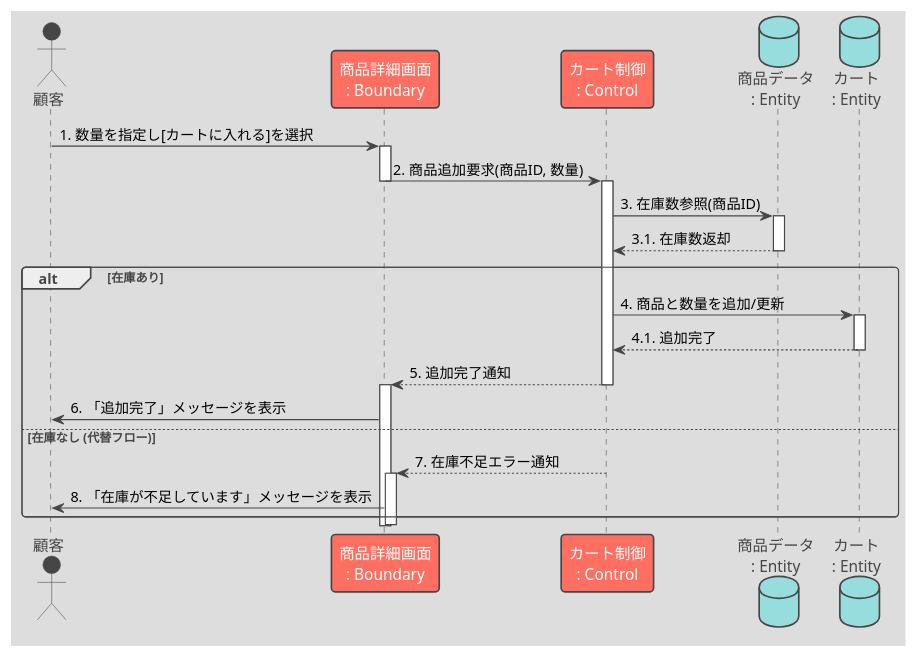
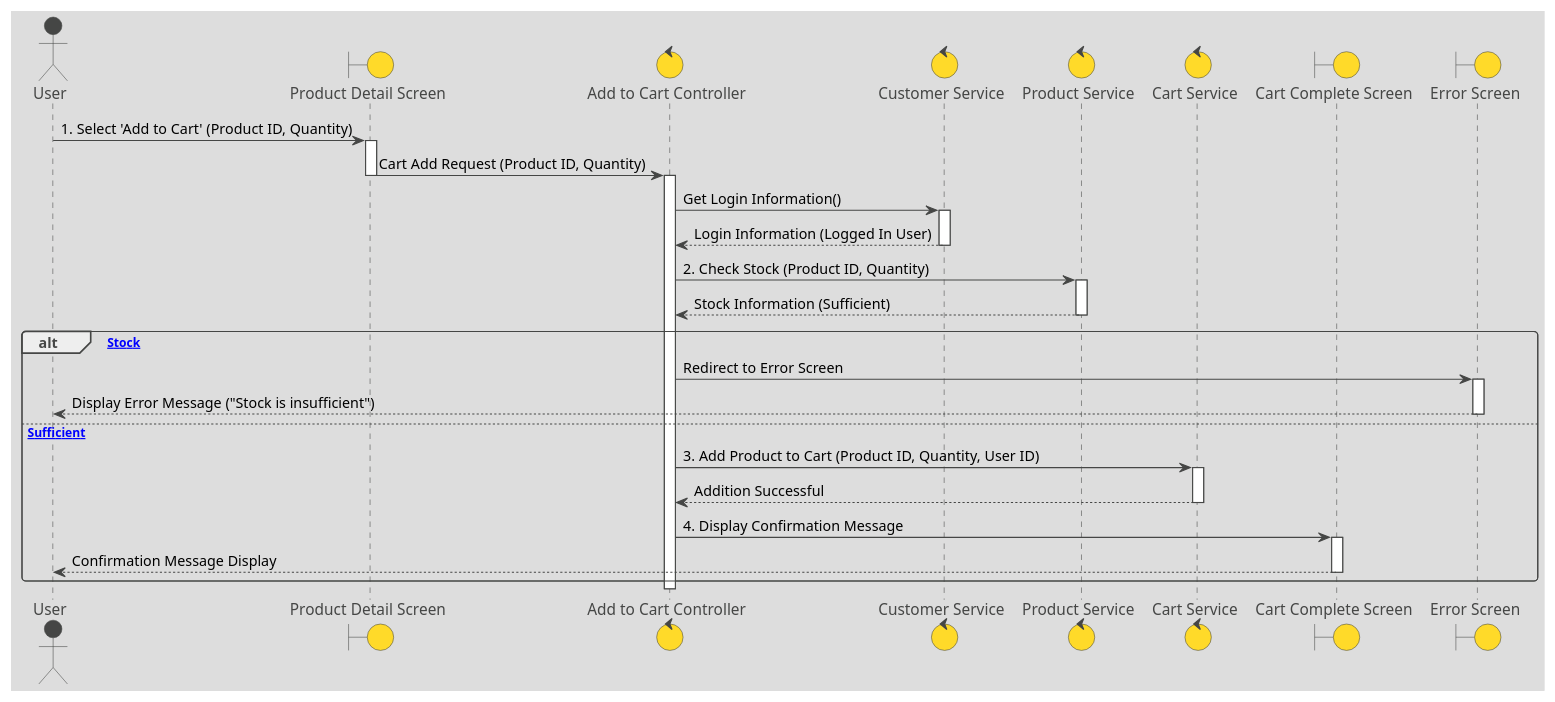
Before and after one commit to mameiku/group3-4: the diagram in Sequence_tuika_in.pu, drawn with PlantUML. The commit also changed 1 other file, not shown here.

```diff
--- a/Sequence_tuika_in.pu
+++ b/Sequence_tuika_in.pu
@@ -1,46 +1,67 @@
-@startuml .
+@startuml AddToCartSequenceDiagram
 !theme toy
 
-actor 顧客
-participant "商品詳細画面\n: Boundary" as Boundary_ProductDetail
-participant "カート制御\n: Control" as Control_Cart
-database "商品データ\n: Entity" as Entity_Product
-database "カート\n: Entity" as Entity_Cart
+' ====================================================================
+' Participant Definitions
+' ====================================================================
+actor User
+boundary GoodsDetailJSP as "Product Detail Screen"
+control AddCartJSP as "Add to Cart Controller"
+control CustomerJava as "Customer Service"
+control GoodsJava as "Product Service"
+control CartJava as "Cart Service"
+boundary AddCartCompleteJSP as "Cart Complete Screen"
+boundary ErrorJSP as "Error Screen"
 
-' 1. カートに追加操作
-顧客 -> Boundary_ProductDetail : 1. 数量を指定し[カートに入れる]を選択
-activate Boundary_ProductDetail
+' ====================================================================
+' Basic Flow: User is already logged in
+' ====================================================================
 
-' 2. カート制御へ要求
-Boundary_ProductDetail -> Control_Cart : 2. 商品追加要求(商品ID, 数量)
-deactivate Boundary_ProductDetail
-activate Control_Cart
+' 1. The customer specifies the quantity on the product detail screen and selects 'Add to Cart'.
+User -> GoodsDetailJSP : 1. Select 'Add to Cart' (Product ID, Quantity)
+activate GoodsDetailJSP
 
-' 3. 在庫確認（在庫管理を省略し、商品データに直接確認）
-Control_Cart -> Entity_Product : 3. 在庫数参照(商品ID)
-activate Entity_Product
-Entity_Product --> Control_Cart : 3.1. 在庫数返却
-deactivate Entity_Product
+GoodsDetailJSP -> AddCartJSP : Cart Add Request (Product ID, Quantity)
+deactivate GoodsDetailJSP
+activate AddCartJSP
 
-alt 在庫あり
-    ' 4. カート情報更新
-    Control_Cart -> Entity_Cart : 4. 商品と数量を追加/更新
-    activate Entity_Cart
-    Entity_Cart --> Control_Cart : 4.1. 追加完了
-    deactivate Entity_Cart
+' --- Login Check (Implicit, handled by Session/Customer Service) ---
+' Note: Assuming the user is already authenticated (Pre-condition).
+AddCartJSP -> CustomerJava : Get Login Information()
+activate CustomerJava
+CustomerJava --> AddCartJSP : Login Information (Logged In User)
+deactivate CustomerJava
 
-    ' 5. 完了通知
-    Control_Cart --> Boundary_ProductDetail : 5. 追加完了通知
-    deactivate Control_Cart
-    activate Boundary_ProductDetail
-    Boundary_ProductDetail -> 顧客 : 6. 「追加完了」メッセージを表示
-else 在庫なし (代替フロー)
-    ' 7. エラー通知
-    Control_Cart --> Boundary_ProductDetail : 7. 在庫不足エラー通知
-    deactivate Control_Cart
-    activate Boundary_ProductDetail
-    Boundary_ProductDetail -> 顧客 : 8. 「在庫が不足しています」メッセージを表示
+' 2. The system checks the stock information and confirms that the specified quantity can be purchased.
+AddCartJSP -> GoodsJava : 2. Check Stock (Product ID, Quantity)
+activate GoodsJava
+GoodsJava --> AddCartJSP : Stock Information (Sufficient)
+deactivate GoodsJava
+
+alt [Insufficient Stock]
+    ' Alternative Flow: Insufficient stock
+    AddCartJSP -> ErrorJSP : Redirect to Error Screen
+    activate ErrorJSP
+    ErrorJSP --> User : Display Error Message ("Stock is insufficient")
+    deactivate ErrorJSP
+    
+else [Stock Sufficient]
+    ' 3. If there is stock, the system adds the product and quantity to the cart.
+    AddCartJSP -> CartJava : 3. Add Product to Cart (Product ID, Quantity, User ID)
+    activate CartJava
+    CartJava --> AddCartJSP : Addition Successful
+    deactivate CartJava
+    
+    ' 4. The system displays a confirmation message "Product has been added to the cart."
+    AddCartJSP -> AddCartCompleteJSP : 4. Display Confirmation Message
+    activate AddCartCompleteJSP
+    
+    ' 5. The customer can either continue shopping or navigate to the cart screen.
+    AddCartCompleteJSP --> User : Confirmation Message Display
+    deactivate AddCartCompleteJSP
+    
 end
 
-deactivate Boundary_ProductDetail
+deactivate AddCartJSP
+
 @enduml
```
